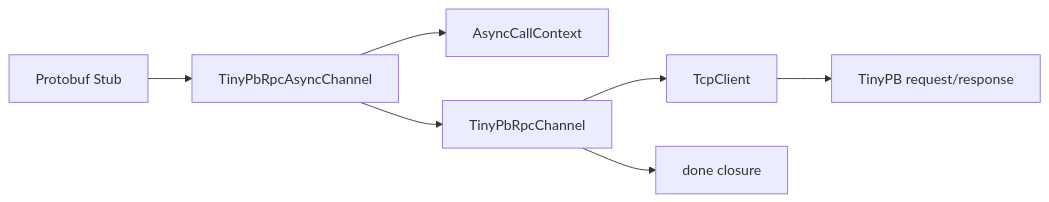
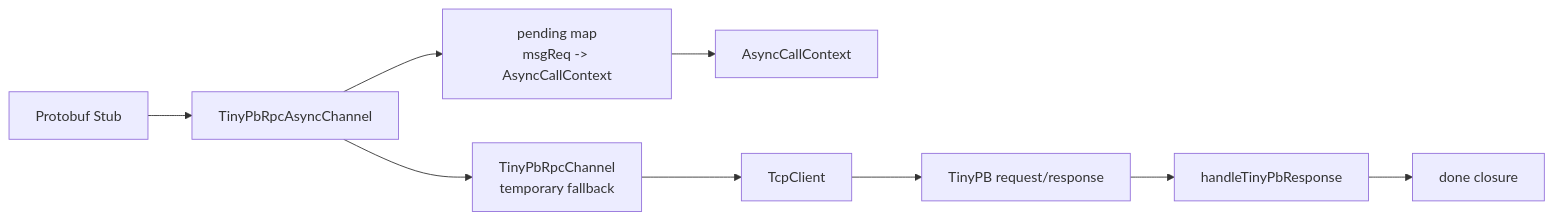
One commit to echo9923/rpc changed the diagram in docs/stage-15.md. Above: the diagram before and after it, drawn with Mermaid. The commit also changed other lines of this file and 4 other files, not shown here.

````diff
--- a/docs/stage-15.md
+++ b/docs/stage-15.md
@@ -18,9 +30,11 @@
 ```mermaid
 flowchart LR
     Stub["Protobuf Stub"] --> AsyncChannel["TinyPbRpcAsyncChannel"]
-    AsyncChannel --> Context["AsyncCallContext"]
-    AsyncChannel --> SyncChannel["TinyPbRpcChannel"]
+    AsyncChannel --> Pending["pending map<br/>msgReq -> AsyncCallContext"]
+    Pending --> Context["AsyncCallContext"]
+    AsyncChannel --> SyncChannel["TinyPbRpcChannel<br/>temporary fallback"]
     SyncChannel --> TcpClient["TcpClient"]
     TcpClient --> TinyPB["TinyPB request/response"]
-    SyncChannel --> Done["done closure"]
+    TinyPB --> Handle["handleTinyPbResponse"]
+    Handle --> Done["done closure"]
 ```
````
